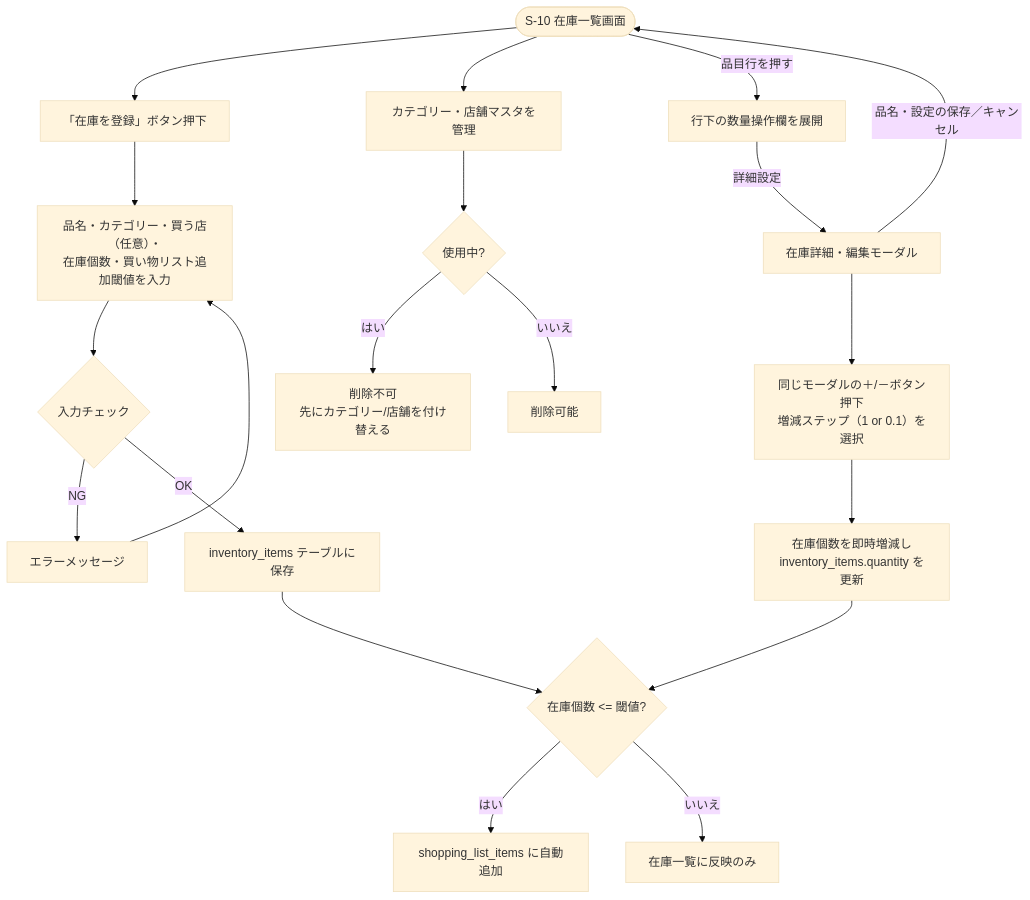
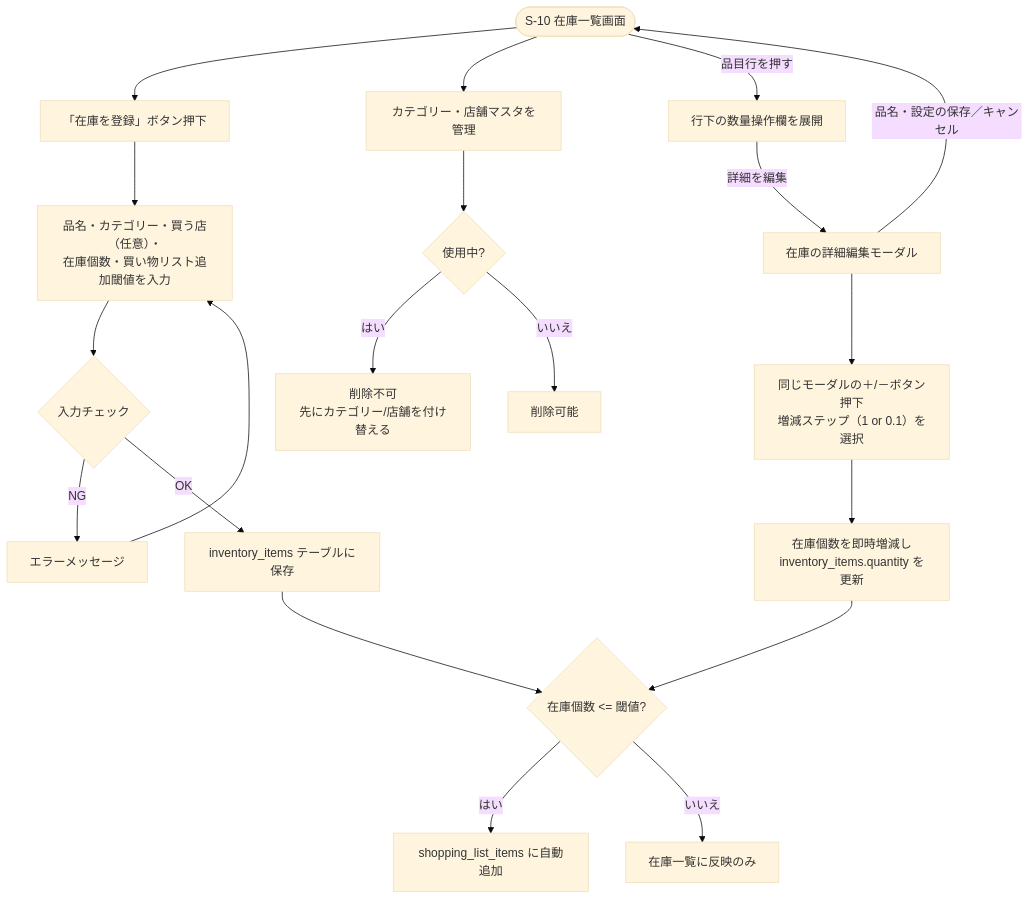
One commit to yamamotonaoki3/HomeLog changed the diagram in docs/details/features/F07_zaiko_inventory.md. Above: the diagram before and after it, drawn with Mermaid (base theme). The commit also changed other lines of this file and 30 other files, not shown here.

````diff
--- a/docs/details/features/F07_zaiko_inventory.md
+++ b/docs/details/features/F07_zaiko_inventory.md
@@ -19,24 +19,24 @@
 ```mermaid
 flowchart TD
     A([S-10 在庫一覧画面]) --> B["「在庫を登録」ボタン押下"]
     B --> C[品名・カテゴリー・買う店（任意）・\n在庫個数・買い物リスト追加閾値を入力]
     C --> D{入力チェック}
     D -- NG --> E[エラーメッセージ]
     E --> C
     D -- OK --> F[inventory_items テーブルに保存]
     F --> G{在庫個数 <= 閾値?}
     G -- はい --> H[shopping_list_items に自動追加]
     G -- いいえ --> I[在庫一覧に反映のみ]
 
     A --> J[カテゴリー・店舗マスタを管理]
     J --> K{使用中?}
     K -- はい --> L[削除不可\n先にカテゴリー/店舗を付け替える]
     K -- いいえ --> M[削除可能]
 
     A -- 品目行を押す --> Expand["行下の数量操作欄を展開"]
-    Expand -- 詳細設定 --> Edit["在庫詳細・編集モーダル"]
+    Expand -- 詳細を編集 --> Edit["在庫の詳細編集モーダル"]
     Edit -- 品名・設定の保存／キャンセル --> A
     Edit --> N["同じモーダルの＋/－ボタン押下\n増減ステップ（1 or 0.1）を選択"]
     N --> O[在庫個数を即時増減し\ninventory_items.quantity を更新]
     O --> G
 ```
````
